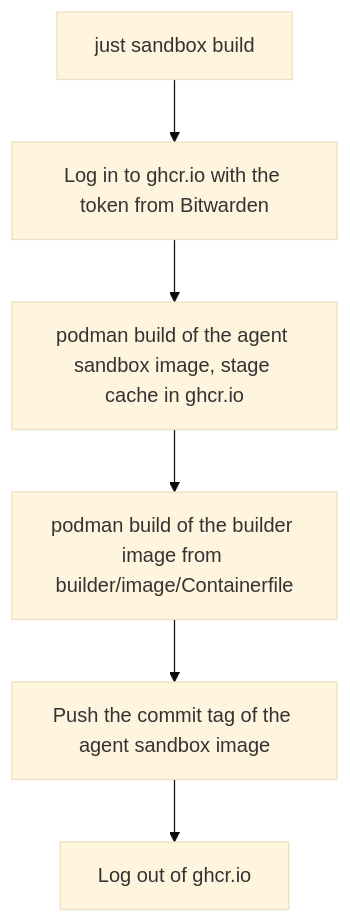
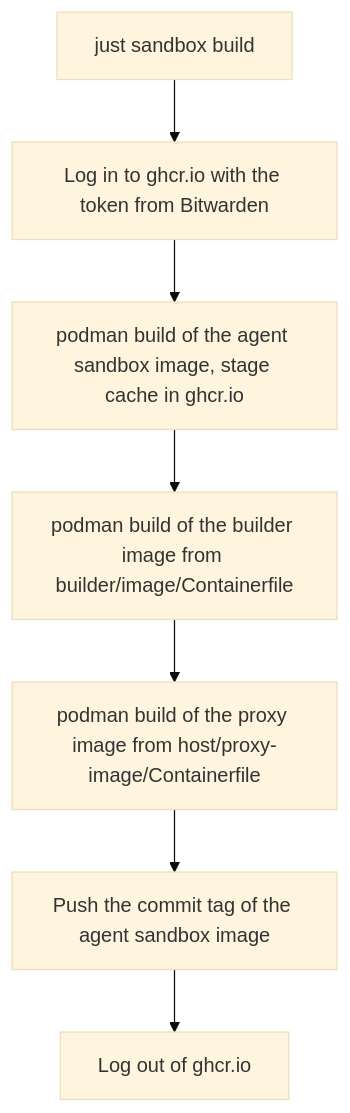
The third of 7 diagrams in .sandbox/docs/internals.md (raghav19/engineersdaybook), drawn with Mermaid (base theme) before and after one commit. The commit also changed other lines of this file and 2 other files, not shown here.

````diff
--- a/.sandbox/docs/internals.md
+++ b/.sandbox/docs/internals.md
@@ -107,8 +99,9 @@
 ```mermaid
 flowchart TD
     A["just sandbox build"] --> B["Log in to ghcr.io with the token from Bitwarden"]
     B --> C["podman build of the agent sandbox image, stage cache in ghcr.io"]
     C --> D["podman build of the builder image from builder/image/Containerfile"]
-    D --> E["Push the commit tag of the agent sandbox image"]
+    D --> P["podman build of the proxy image from host/proxy-image/Containerfile"]
+    P --> E["Push the commit tag of the agent sandbox image"]
     E --> F["Log out of ghcr.io"]
 ```
````
